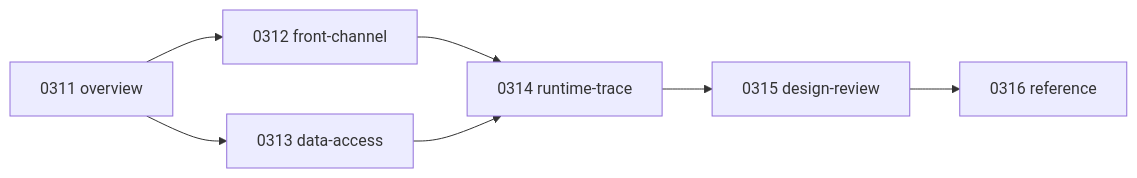
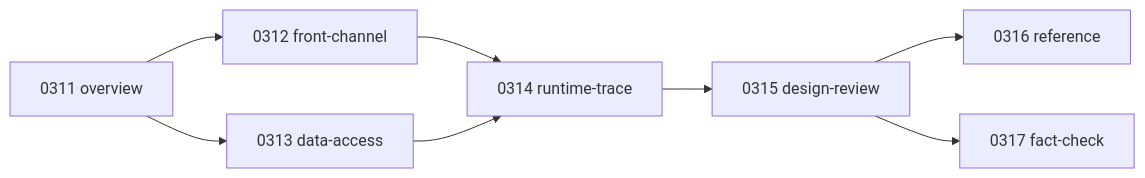
One commit to forsylph/nph changed the diagram in 03.analysis_results/031.Architecture - Framework/0310.index/01.README.md. Above: the diagram before and after it, drawn with Mermaid. The commit also changed other lines of this file and 10 other files, not shown here.

Commit message:
Sync: clean .bak files, update README index, add fact-check doc

````diff
--- a/03.analysis_results/031.Architecture - Framework/0310.index/01.README.md
+++ b/03.analysis_results/031.Architecture - Framework/0310.index/01.README.md
@@ -13,9 +13,10 @@
 ```mermaid
 flowchart LR
     A[0311 overview] --> B[0312 front-channel]
     A --> C[0313 data-access]
     B --> D[0314 runtime-trace]
     C --> D
     D --> E[0315 design-review]
     E --> F[0316 reference]
+    E --> G[0317 fact-check]
 ```
````
